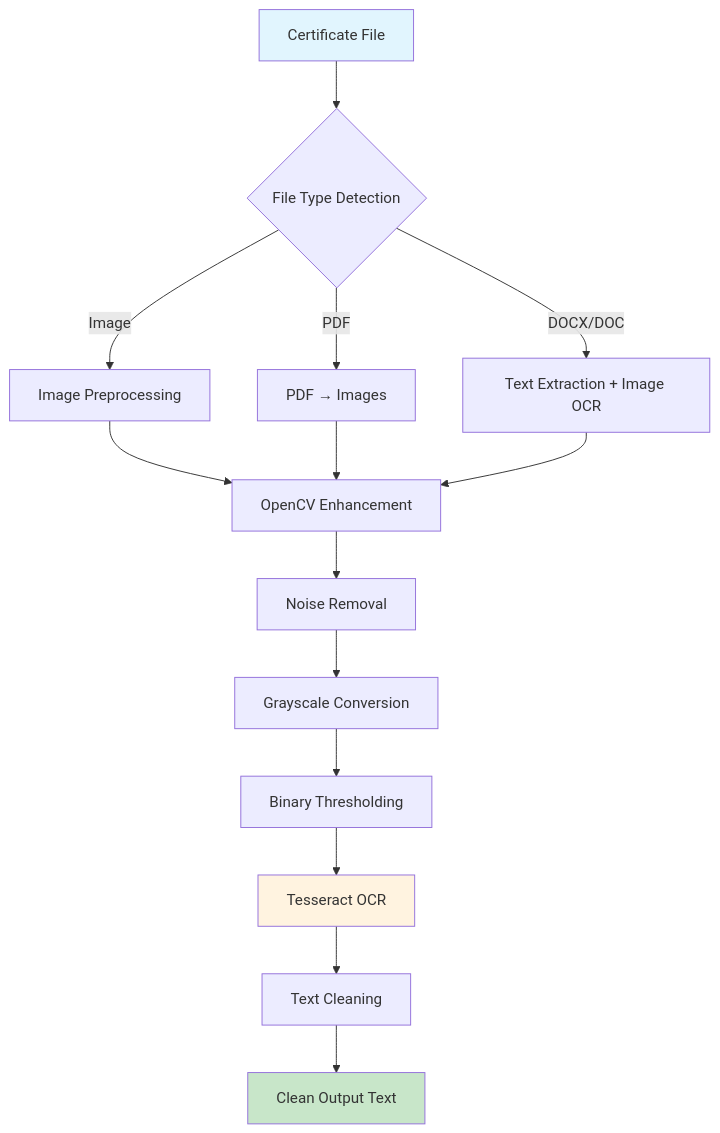
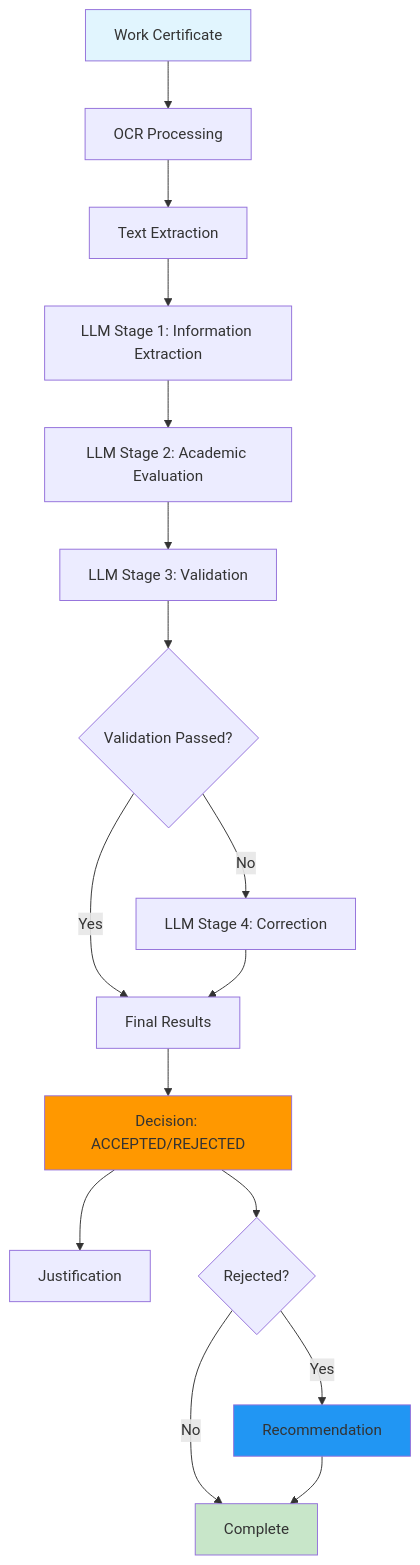
The diagram in README.md (Internship-Process-Automation-with-AI/backend), drawn with Mermaid before and after one commit. The commit also changed other lines of this file and 1 other file, not shown here.

````diff
--- a/README.md
+++ b/README.md
@@ -39,22 +63,24 @@
 ```mermaid
 graph TD
-    A[Certificate File] --> B{File Type Detection}
-    B -->|Image| C[Image Preprocessing]
-    B -->|PDF| D[PDF → Images]
-    B -->|DOCX/DOC| E[Text Extraction + Image OCR]
+    A[Work Certificate] --> B[OCR Processing]
+    B --> C[Text Extraction]
+    C --> D[LLM Stage 1: Information Extraction]
+    D --> E[LLM Stage 2: Academic Evaluation]
+    E --> F[LLM Stage 3: Validation]
+    F --> G{Validation Passed?}
+    G -->|Yes| H[Final Results]
+    G -->|No| I[LLM Stage 4: Correction]
+    I --> H
     
-    C --> F[OpenCV Enhancement]
-    D --> F
-    E --> F
-    
-    F --> G[Noise Removal]
-    G --> H[Grayscale Conversion]
-    H --> I[Binary Thresholding]
-    I --> J[Tesseract OCR]
-    J --> K[Text Cleaning]
-    K --> L[Clean Output Text]
+    H --> J[Decision: ACCEPTED/REJECTED]
+    J --> K[Justification]
+    J --> L{Rejected?}
+    L -->|Yes| M[Recommendation]
+    L -->|No| N[Complete]
+    M --> N
     
     style A fill:#e1f5fe
-    style L fill:#c8e6c9
-    style J fill:#fff3e0
+    style N fill:#c8e6c9
+    style J fill:#ff9800
+    style M fill:#2196f3
 ```
````
